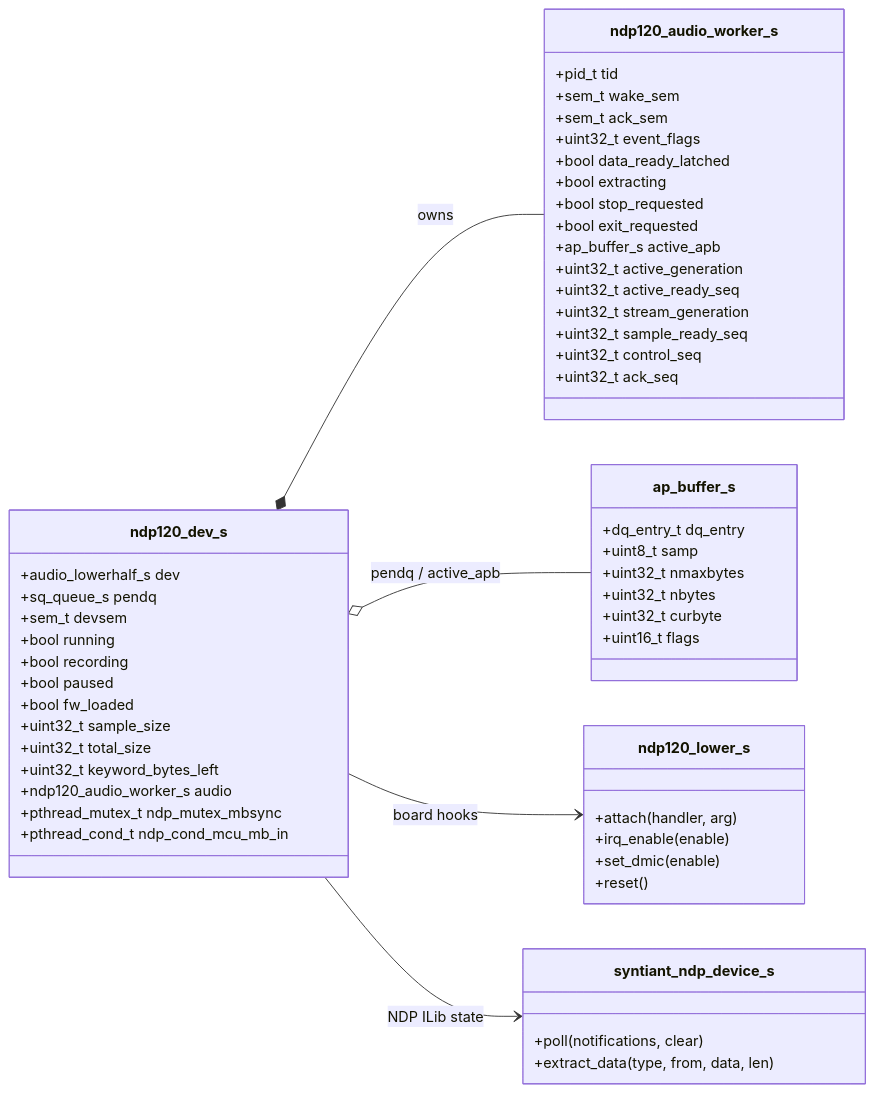
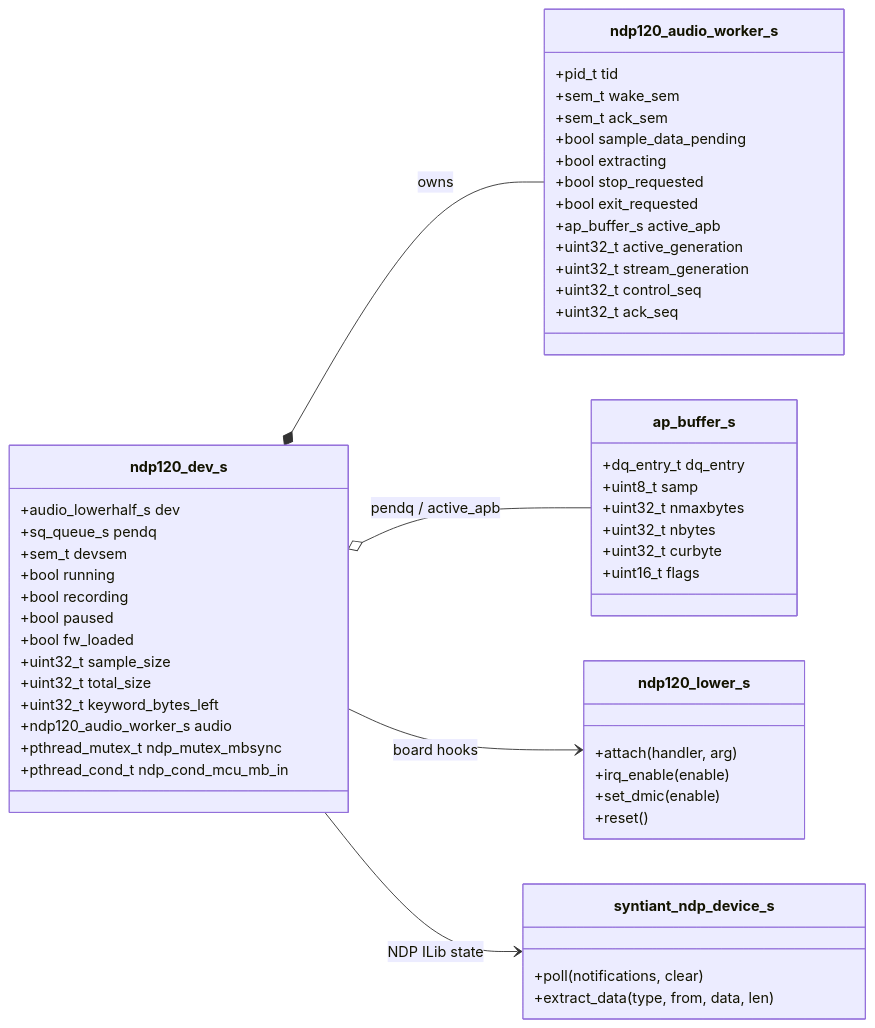
The first of 3 diagrams in docs/NDP120AsyncAudioDesign.md (gidori98/TizenRT), drawn with Mermaid before and after one commit. The commit also changed other lines of this file and 2 other files, not shown here.

````diff
--- a/docs/NDP120AsyncAudioDesign.md
+++ b/docs/NDP120AsyncAudioDesign.md
@@ -110,64 +109,61 @@
 ```mermaid
 classDiagram
     direction LR
 
     class ndp120_dev_s {
         +audio_lowerhalf_s dev
         +sq_queue_s pendq
         +sem_t devsem
         +bool running
         +bool recording
         +bool paused
         +bool fw_loaded
         +uint32_t sample_size
         +uint32_t total_size
         +uint32_t keyword_bytes_left
         +ndp120_audio_worker_s audio
         +pthread_mutex_t ndp_mutex_mbsync
         +pthread_cond_t ndp_cond_mcu_mb_in
     }
 
     class ndp120_audio_worker_s {
         +pid_t tid
         +sem_t wake_sem
         +sem_t ack_sem
-        +uint32_t event_flags
-        +bool data_ready_latched
+        +bool sample_data_pending
         +bool extracting
         +bool stop_requested
         +bool exit_requested
         +ap_buffer_s active_apb
         +uint32_t active_generation
-        +uint32_t active_ready_seq
         +uint32_t stream_generation
-        +uint32_t sample_ready_seq
         +uint32_t control_seq
         +uint32_t ack_seq
     }
 
     class ap_buffer_s {
         +dq_entry_t dq_entry
         +uint8_t samp
         +uint32_t nmaxbytes
         +uint32_t nbytes
         +uint32_t curbyte
         +uint16_t flags
     }
 
     class ndp120_lower_s {
         +attach(handler, arg)
         +irq_enable(enable)
         +set_dmic(enable)
         +reset()
     }
 
     class syntiant_ndp_device_s {
         +poll(notifications, clear)
         +extract_data(type, from, data, len)
     }
 
     ndp120_dev_s *-- ndp120_audio_worker_s : owns
     ndp120_dev_s o-- ap_buffer_s : pendq / active_apb
     ndp120_dev_s --> ndp120_lower_s : board hooks
     ndp120_dev_s --> syntiant_ndp_device_s : NDP ILib state
 ```
````
